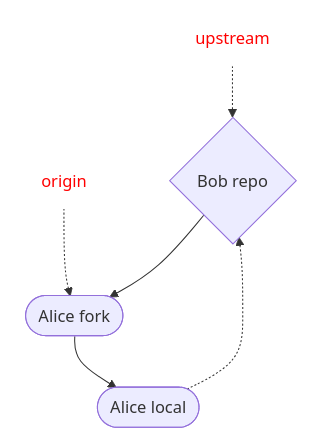
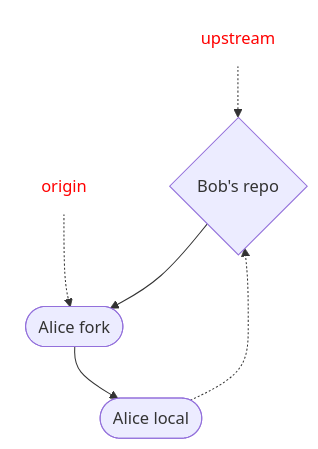
Before and after one commit to hpc2n/course-intro-git: the third of 3 diagrams in docs/remotes.md, drawn with Mermaid. The commit also changed other lines of this file, not shown here.

````diff
--- a/docs/remotes.md
+++ b/docs/remotes.md
@@ -387,19 +387,19 @@
 ```mermaid
 graph TD
 
-  bob{"Bob repo"}
+  bob{"Bob's repo"}
   origin["origin"]
   style origin fill:#ffffff,stroke:#ffffff,color:#ff0000
   upstream["upstream"]
   style upstream fill:#ffffff,stroke:#ffffff,color:#ff0000
   upstream -.-> bob 
   origin -.-> alicef
 
   alicef(["Alice fork"])
   alicel(["Alice local"])
   
   bob --> alicef
 
   alicef --> alicel
   alicel -.-> bob
 ```
````
